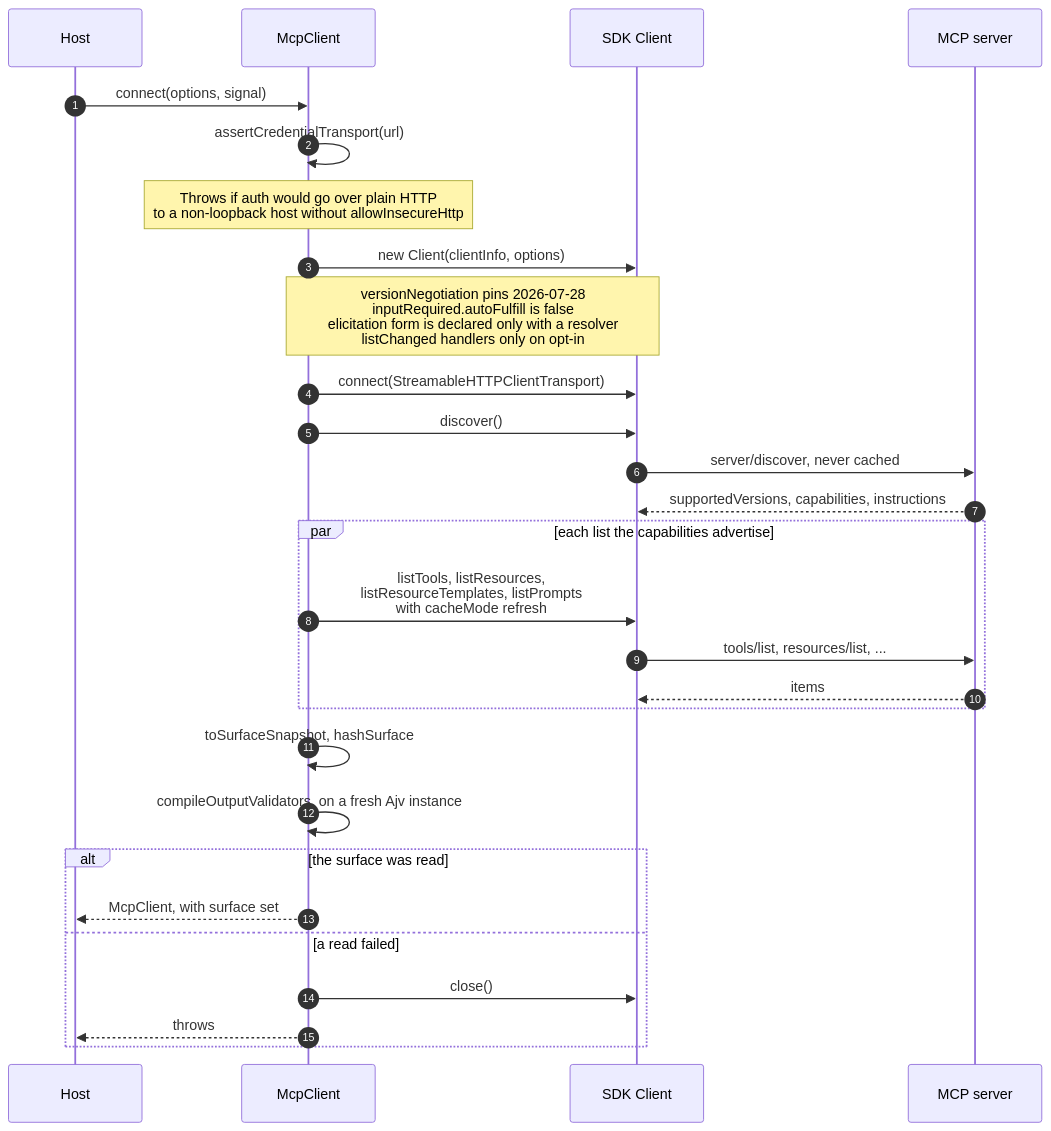
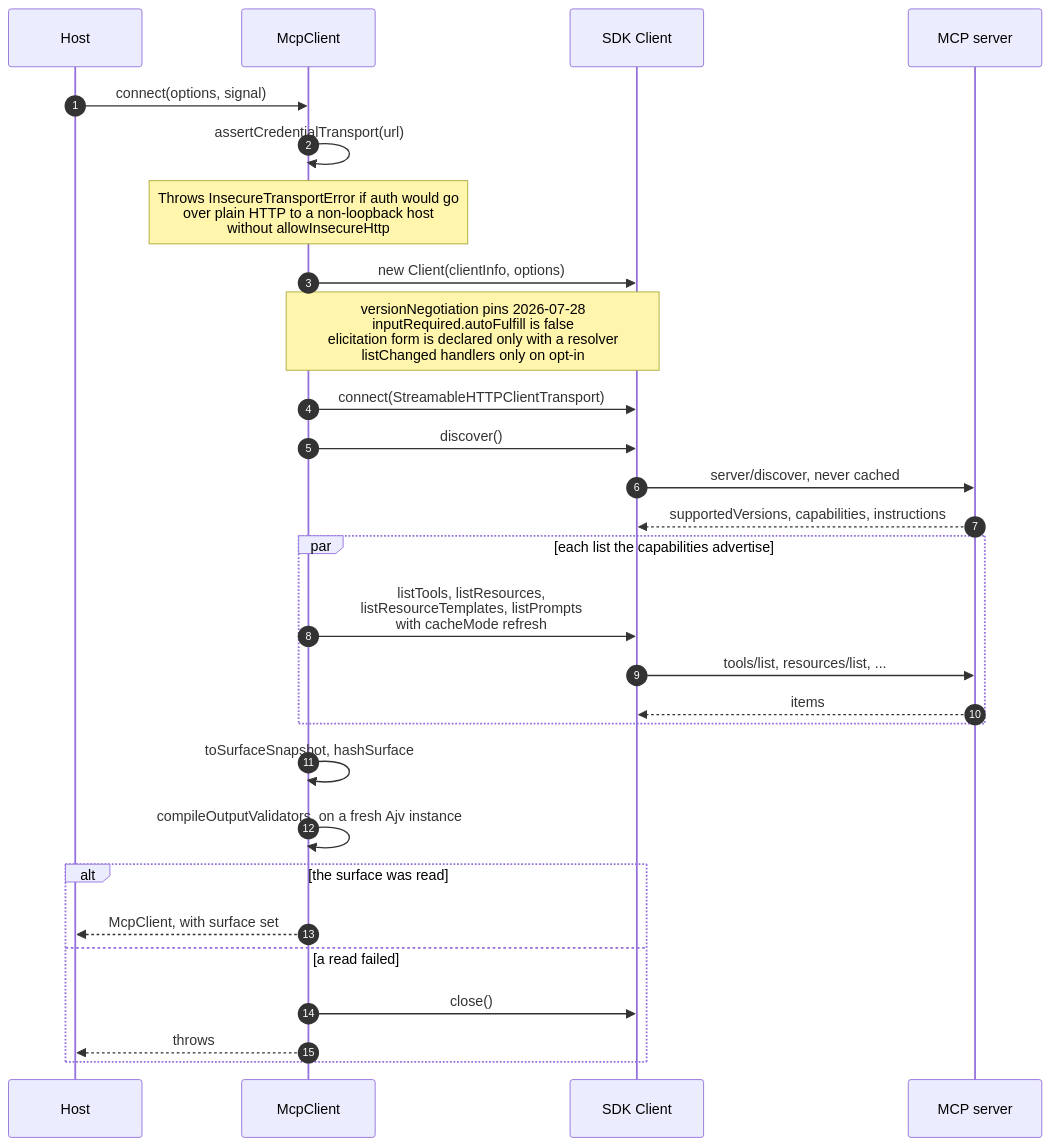
One commit to overture-stack/arranger changed the second of 9 diagrams in modules/mcp-client/docs/architecture.md. Above: the diagram before and after it, drawn with Mermaid. The commit also changed 65 other files, not shown here.

````diff
--- a/modules/mcp-client/docs/architecture.md
+++ b/modules/mcp-client/docs/architecture.md
@@ -60,31 +60,31 @@
 ```mermaid
 sequenceDiagram
     autonumber
     participant H as Host
     participant C as McpClient
     participant S as SDK Client
     participant M as MCP server
 
     H->>C: connect(options, signal)
     C->>C: assertCredentialTransport(url)
-    Note over C: Throws if auth would go over plain HTTP<br/>to a non-loopback host without allowInsecureHttp
+    Note over C: Throws InsecureTransportError if auth would go<br/>over plain HTTP to a non-loopback host<br/>without allowInsecureHttp
     C->>S: new Client(clientInfo, options)
     Note over C,S: versionNegotiation pins 2026-07-28<br/>inputRequired.autoFulfill is false<br/>elicitation form is declared only with a resolver<br/>listChanged handlers only on opt-in
     C->>S: connect(StreamableHTTPClientTransport)
     C->>S: discover()
     S->>M: server/discover, never cached
     M-->>S: supportedVersions, capabilities, instructions
     par each list the capabilities advertise
         C->>S: listTools, listResources,<br/>listResourceTemplates, listPrompts<br/>with cacheMode refresh
         S->>M: tools/list, resources/list, ...
         M-->>S: items
     end
     C->>C: toSurfaceSnapshot, hashSurface
     C->>C: compileOutputValidators, on a fresh Ajv instance
     alt the surface was read
         C-->>H: McpClient, with surface set
     else a read failed
         C->>S: close()
         C-->>H: throws
     end
 ```
````
